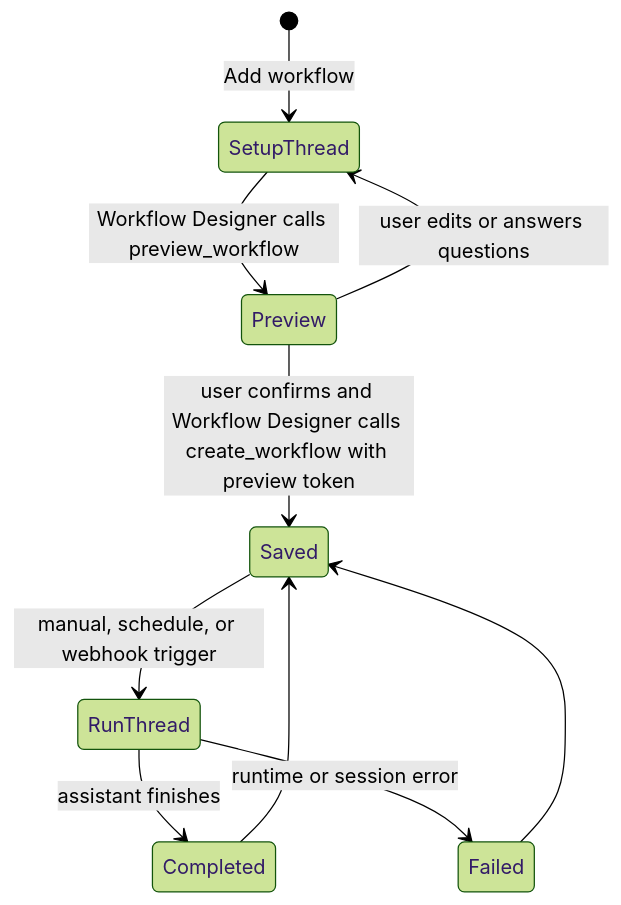
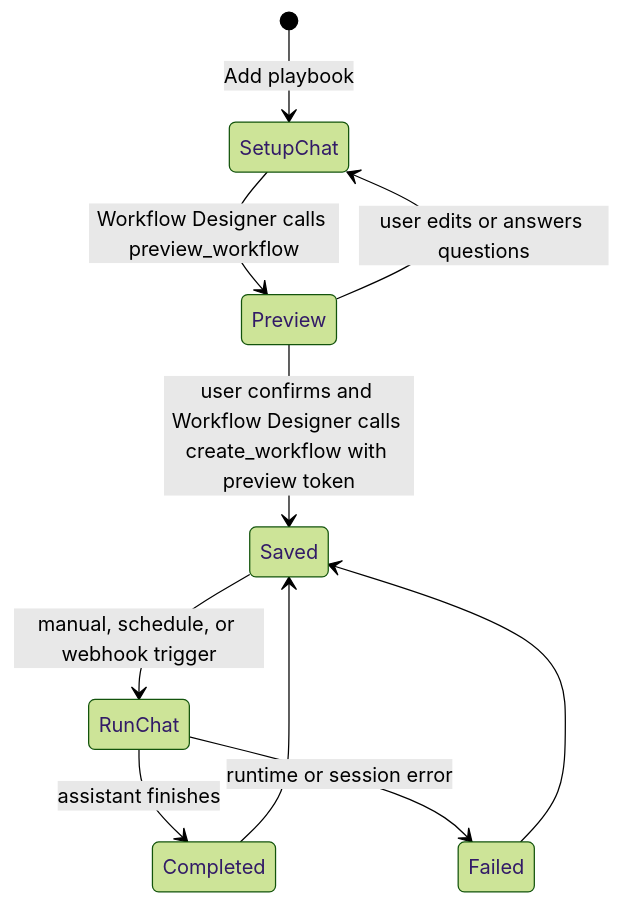
The diagram in docs/workflows.md (joe-broadhead/open-cowork), drawn with Mermaid (forest theme) before and after one commit. The commit also changed other lines of this file and 31 other files, not shown here.

````diff
--- a/docs/workflows.md
+++ b/docs/workflows.md
@@ -119,12 +120,12 @@
 ```mermaid
 stateDiagram-v2
-    [*] --> SetupThread: Add workflow
-    SetupThread --> Preview: Workflow Designer calls preview_workflow
-    Preview --> SetupThread: user edits or answers questions
+    [*] --> SetupChat: Add playbook
+    SetupChat --> Preview: Workflow Designer calls preview_workflow
+    Preview --> SetupChat: user edits or answers questions
     Preview --> Saved: user confirms and Workflow Designer calls create_workflow with preview token
-    Saved --> RunThread: manual, schedule, or webhook trigger
-    RunThread --> Completed: assistant finishes
-    RunThread --> Failed: runtime or session error
+    Saved --> RunChat: manual, schedule, or webhook trigger
+    RunChat --> Completed: assistant finishes
+    RunChat --> Failed: runtime or session error
     Completed --> Saved
     Failed --> Saved
 ```
````
